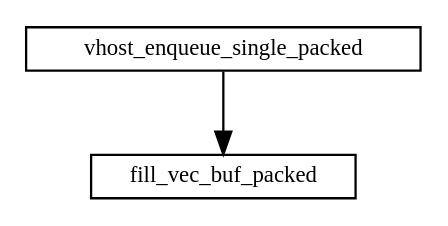
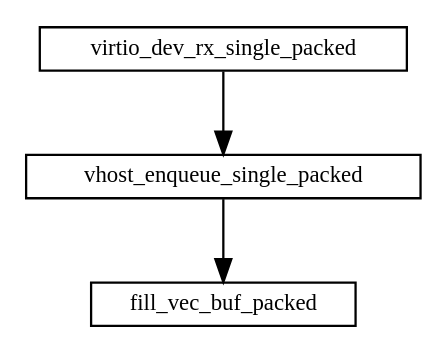
One commit to sisyphus1212/note changed the third of 3 diagrams in 虚拟化/virtio.md. Above: the diagram before and after it, drawn with Graphviz.

Commit message:
auto_update

````diff
--- a/虚拟化/virtio.md
+++ b/虚拟化/virtio.md
@@ -72,11 +72,11 @@
 ```graphviz
 digraph {
     fontname="Helvetica,Arial,sans-serif"
     //node [fontname="Helvetica,Arial,sans-serif"]
     //edge [fontname="Helvetica,Arial,sans-serif"]
     //rankdir="LR"
     node [fontsize=10, shape=record, height=0.25]
     edge [fontsize=10]
-    vhost_enqueue_single_packed -> fill_vec_buf_packed
+    virtio_dev_rx_single_packed -> vhost_enqueue_single_packed -> fill_vec_buf_packed
 }
 ```
````
